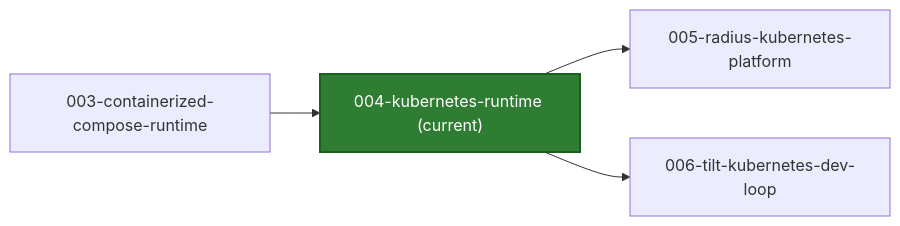
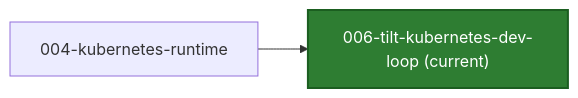
The diagram in README.md (finos/traderX), drawn with Mermaid before and after one commit. The commit also changed other lines of this file and 42 other files, not shown here.

First line of the commit message:
snapshot: 006-tilt-kubernetes-dev-loop generated from 68d19a554c7480a615b19c024eb0a88228c6b9ad

````diff
--- a/README.md
+++ b/README.md
@@ -21,12 +21,8 @@
 ```mermaid
 flowchart LR
-  S_CUR["004-kubernetes-runtime (current)"]
+  S_CUR["006-tilt-kubernetes-dev-loop (current)"]
   style S_CUR fill:#2e7d32,stroke:#1b5e20,color:#ffffff,stroke-width:2px
-  S_PREV_003_containerized_compose_runtime["003-containerized-compose-runtime"] --> S_CUR
-  click S_PREV_003_containerized_compose_runtime href "https://github.com/finos/traderX/tree/code%2Fgenerated-state-003-containerized-compose-runtime" "Open branch"
-  S_CUR --> S_NEXT_005_radius_kubernetes_platform["005-radius-kubernetes-platform"]
-  click S_NEXT_005_radius_kubernetes_platform href "https://github.com/finos/traderX/tree/code%2Fgenerated-state-005-radius-kubernetes-platform" "Open branch"
-  S_CUR --> S_NEXT_006_tilt_kubernetes_dev_loop["006-tilt-kubernetes-dev-loop"]
-  click S_NEXT_006_tilt_kubernetes_dev_loop href "https://github.com/finos/traderX/tree/code%2Fgenerated-state-006-tilt-kubernetes-dev-loop" "Open branch"
-  click S_CUR href "https://github.com/finos/traderX/tree/code%2Fgenerated-state-004-kubernetes-runtime" "Open current branch"
+  S_PREV_004_kubernetes_runtime["004-kubernetes-runtime"] --> S_CUR
+  click S_PREV_004_kubernetes_runtime href "https://github.com/finos/traderX/tree/code%2Fgenerated-state-004-kubernetes-runtime" "Open branch"
+  click S_CUR href "https://github.com/finos/traderX/tree/code%2Fgenerated-state-006-tilt-kubernetes-dev-loop" "Open current branch"
 ```
````
